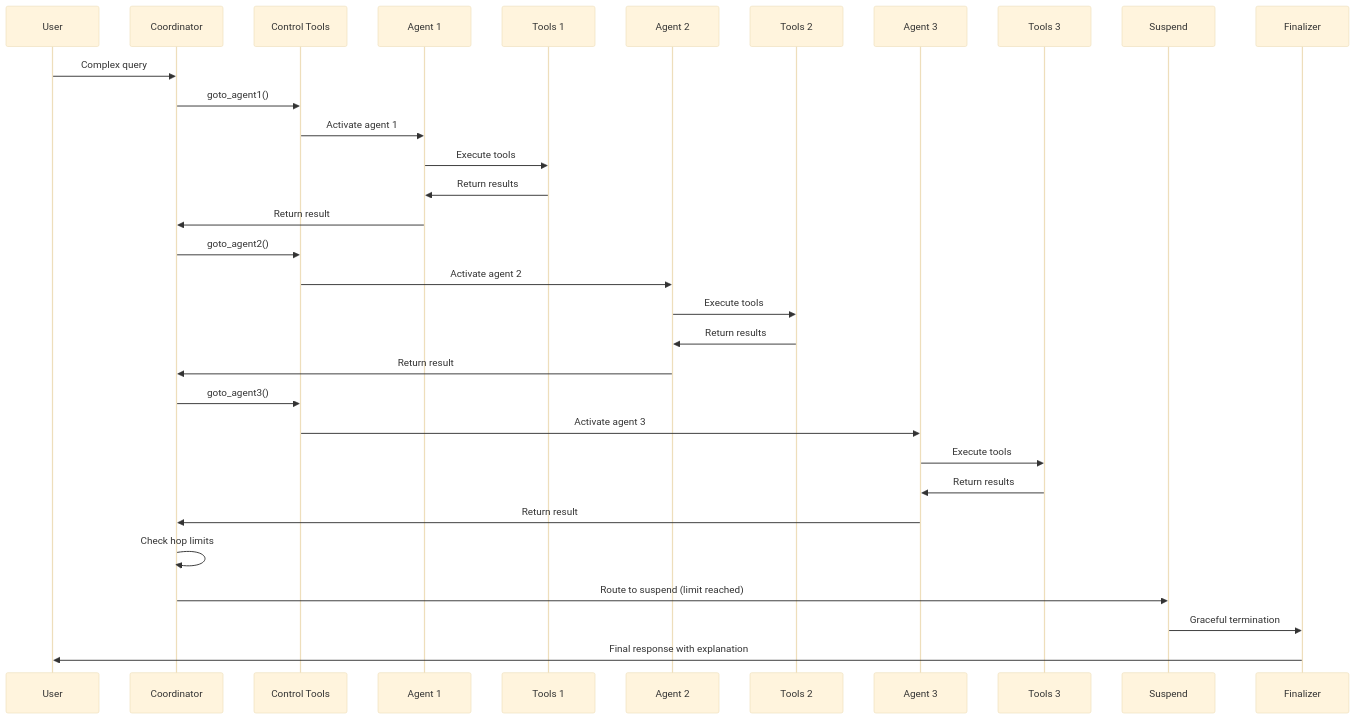
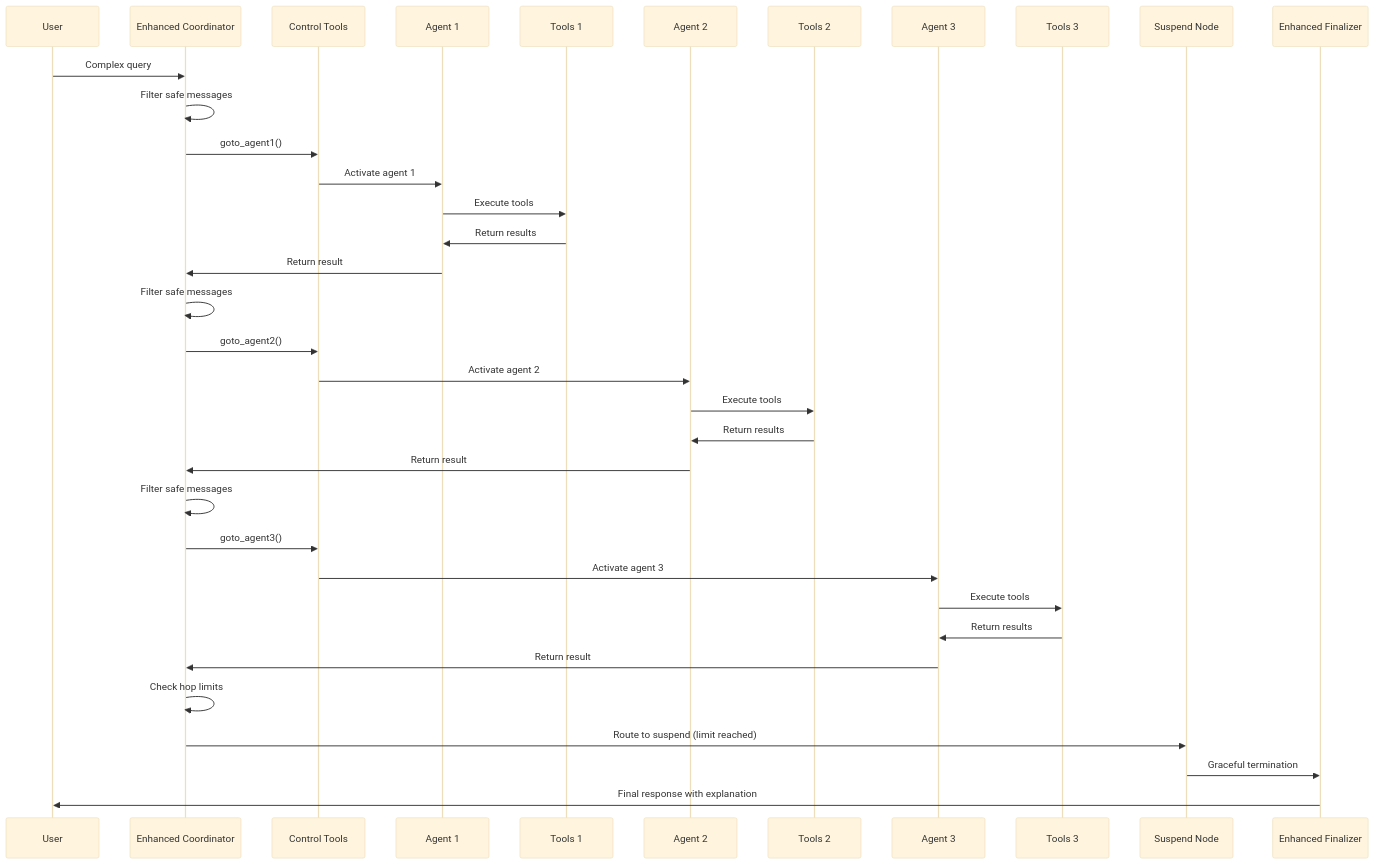
One commit to jonaskahn/cadence changed diagram 15 of 19 in docs/concepts/langgraph-architecture.md. Above: the diagram before and after it, drawn with Mermaid (base theme). The commit also changed other lines of this file and 37 other files, not shown here.

````diff
--- a/docs/concepts/langgraph-architecture.md
+++ b/docs/concepts/langgraph-architecture.md
@@ -698,35 +944,38 @@
 ```mermaid
 sequenceDiagram
     participant U as User
-    participant C as Coordinator
+    participant C as Enhanced Coordinator
     participant CT as Control Tools
     participant A1 as Agent 1
     participant T1 as Tools 1
     participant A2 as Agent 2
     participant T2 as Tools 2
     participant A3 as Agent 3
     participant T3 as Tools 3
-    participant S as Suspend
-    participant F as Finalizer
+    participant S as Suspend Node
+    participant F as Enhanced Finalizer
     
     U->>C: Complex query
+    C->>C: Filter safe messages
     C->>CT: goto_agent1()
     CT->>A1: Activate agent 1
     A1->>T1: Execute tools
     T1->>A1: Return results
     A1->>C: Return result
+    C->>C: Filter safe messages
     C->>CT: goto_agent2()
     CT->>A2: Activate agent 2
     A2->>T2: Execute tools
     T2->>A2: Return results
     A2->>C: Return result
+    C->>C: Filter safe messages
     C->>CT: goto_agent3()
     CT->>A3: Activate agent 3
     A3->>T3: Execute tools
     T3->>A3: Return results
     A3->>C: Return result
     C->>C: Check hop limits
     C->>S: Route to suspend (limit reached)
     S->>F: Graceful termination
     F->>U: Final response with explanation
 ```
````
